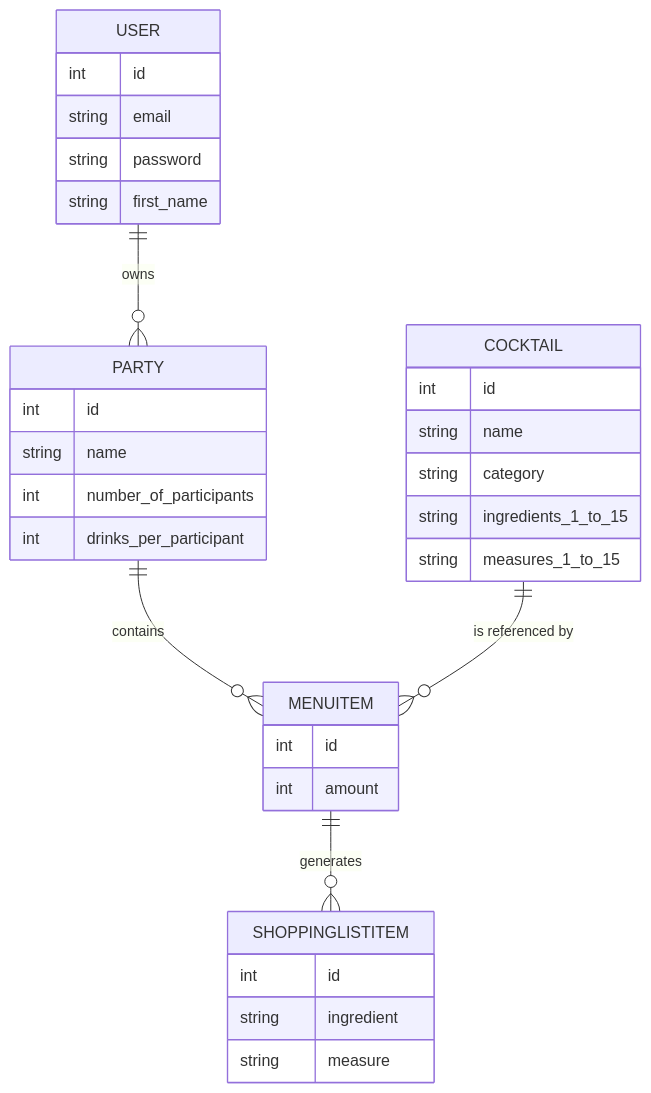
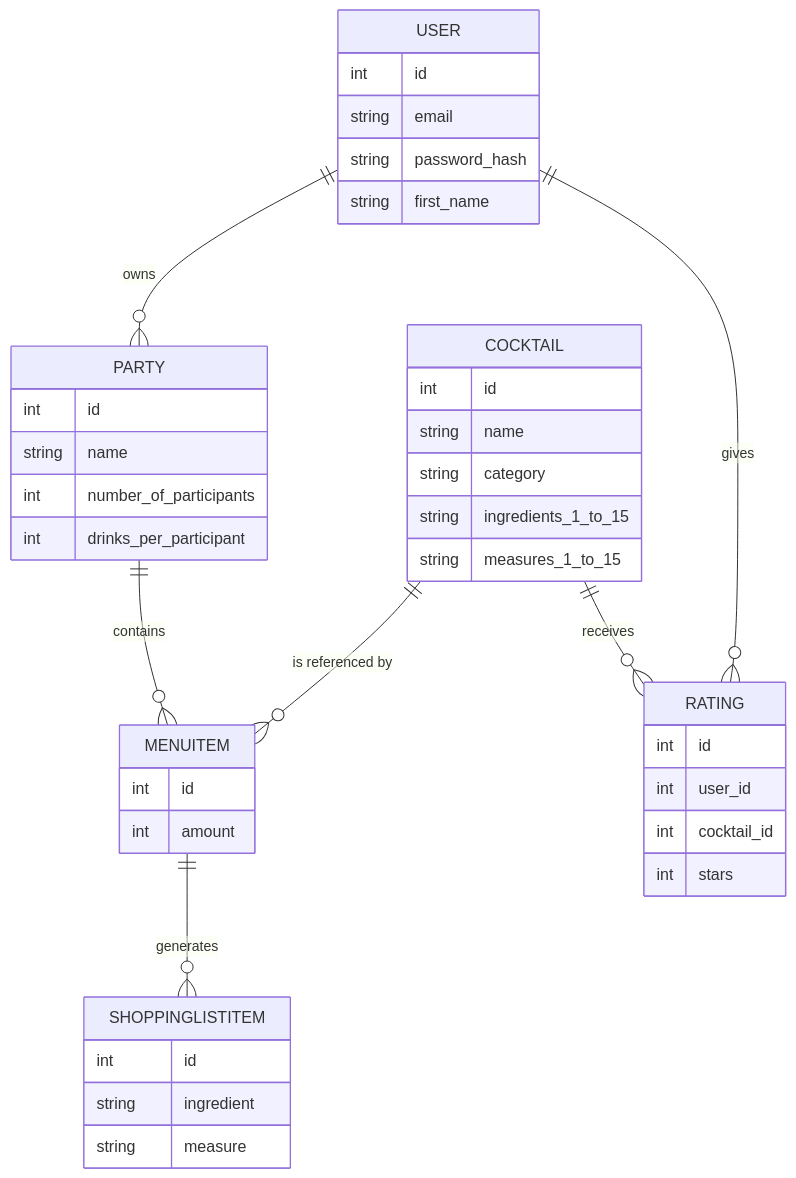
The second of 3 diagrams in ARCHITECTURE.md (FlorianH-cyper/cocktailwebsite), drawn with Mermaid before and after one commit. The commit also changed other lines of this file and 10 other files, not shown here.

````diff
--- a/ARCHITECTURE.md
+++ b/ARCHITECTURE.md
@@ -67,36 +68,44 @@
 ```mermaid
 erDiagram
     USER ||--o{ PARTY : owns
+    USER ||--o{ RATING : gives
     PARTY ||--o{ MENUITEM : contains
     COCKTAIL ||--o{ MENUITEM : "is referenced by"
+    COCKTAIL ||--o{ RATING : receives
     MENUITEM ||--o{ SHOPPINGLISTITEM : generates
 
     USER {
         int id
         string email
-        string password
+        string password_hash
         string first_name
     }
     PARTY {
         int id
         string name
         int number_of_participants
         int drinks_per_participant
     }
     MENUITEM {
         int id
         int amount
     }
     COCKTAIL {
         int id
         string name
         string category
         string ingredients_1_to_15
         string measures_1_to_15
     }
+    RATING {
+        int id
+        int user_id
+        int cocktail_id
+        int stars
+    }
     SHOPPINGLISTITEM {
         int id
         string ingredient
         string measure
     }
 ```
````
